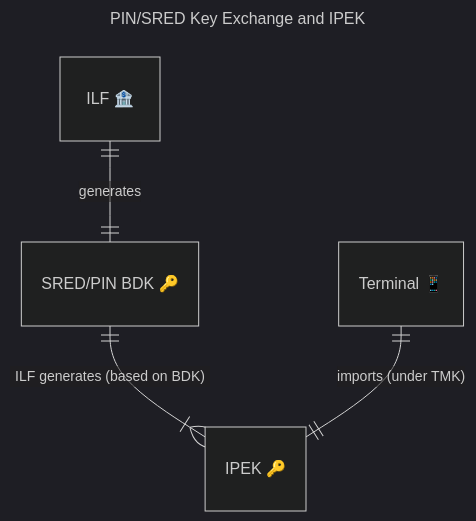
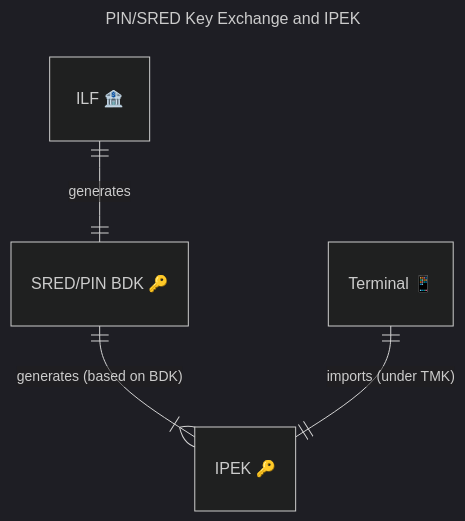
Before and after one commit to interledger/rafiki: the third of 4 diagrams in test/hsm-emulator/README.md, drawn with Mermaid (dark theme). The commit also changed other lines of this file, not shown here.

Commit message:
feat(car-6): fix typos.

````diff
--- a/test/hsm-emulator/README.md
+++ b/test/hsm-emulator/README.md
@@ -64,9 +64,9 @@
 ```mermaid
 ---
 title: PIN/SRED Key Exchange and IPEK
 ---
 erDiagram
     "ILF 🏦" ||--|| "SRED/PIN BDK 🔑" : "generates"
-    "SRED/PIN BDK 🔑" ||--}| "IPEK 🔑" : "ILF generates (based on BDK)"
+    "SRED/PIN BDK 🔑" ||--}| "IPEK 🔑" : "generates (based on BDK)"
     "Terminal 📱" ||--|| "IPEK 🔑" : "imports (under TMK)"
 ```
````
